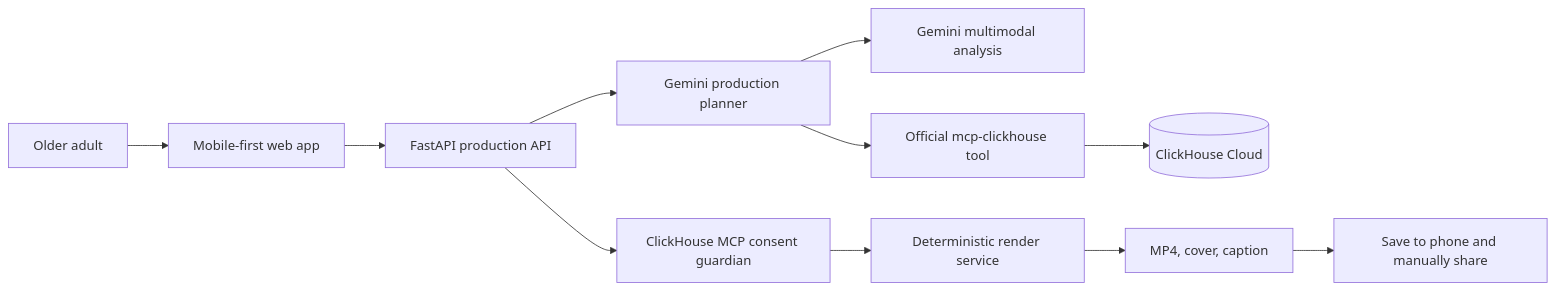
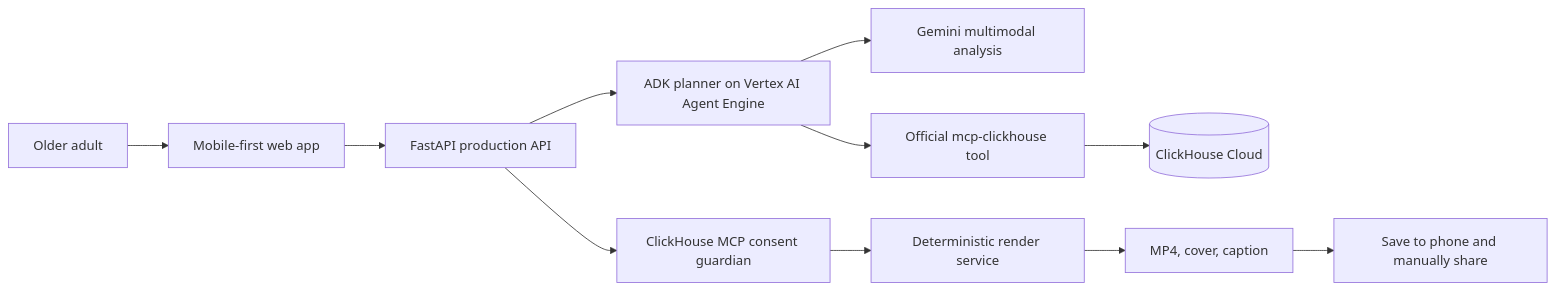
The diagram in docs/ARCHITECTURE.md (afaryy/MemoryDirector), drawn with Mermaid before and after one commit. The commit also changed other lines of this file and 26 other files, not shown here.

````diff
--- a/docs/ARCHITECTURE.md
+++ b/docs/ARCHITECTURE.md
@@ -5,13 +5,13 @@
 ```mermaid
 flowchart LR
   U[Older adult] --> W[Mobile-first web app]
   W --> API[FastAPI production API]
-  API --> G[Gemini production planner]
+  API --> G[ADK planner on Vertex AI Agent Engine]
   G --> M[Gemini multimodal analysis]
   G --> CH[Official mcp-clickhouse tool]
   CH --> DB[(ClickHouse Cloud)]
   API --> C[ClickHouse MCP consent guardian]
   C --> R[Deterministic render service]
   R --> O[MP4, cover, caption]
   O --> S[Save to phone and manually share]
 ```
````
